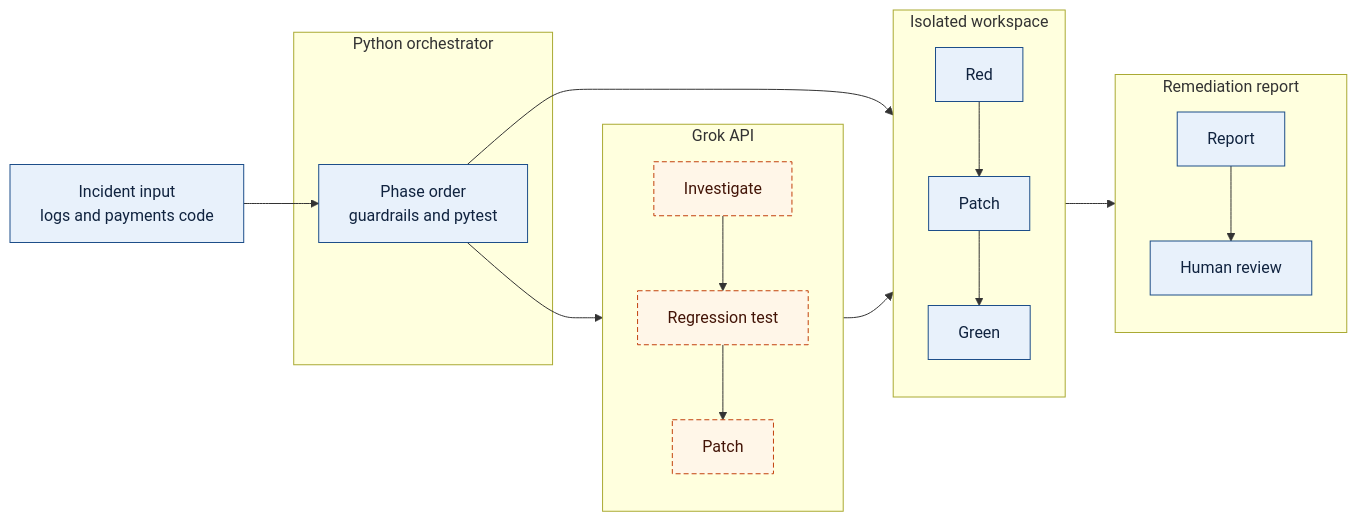
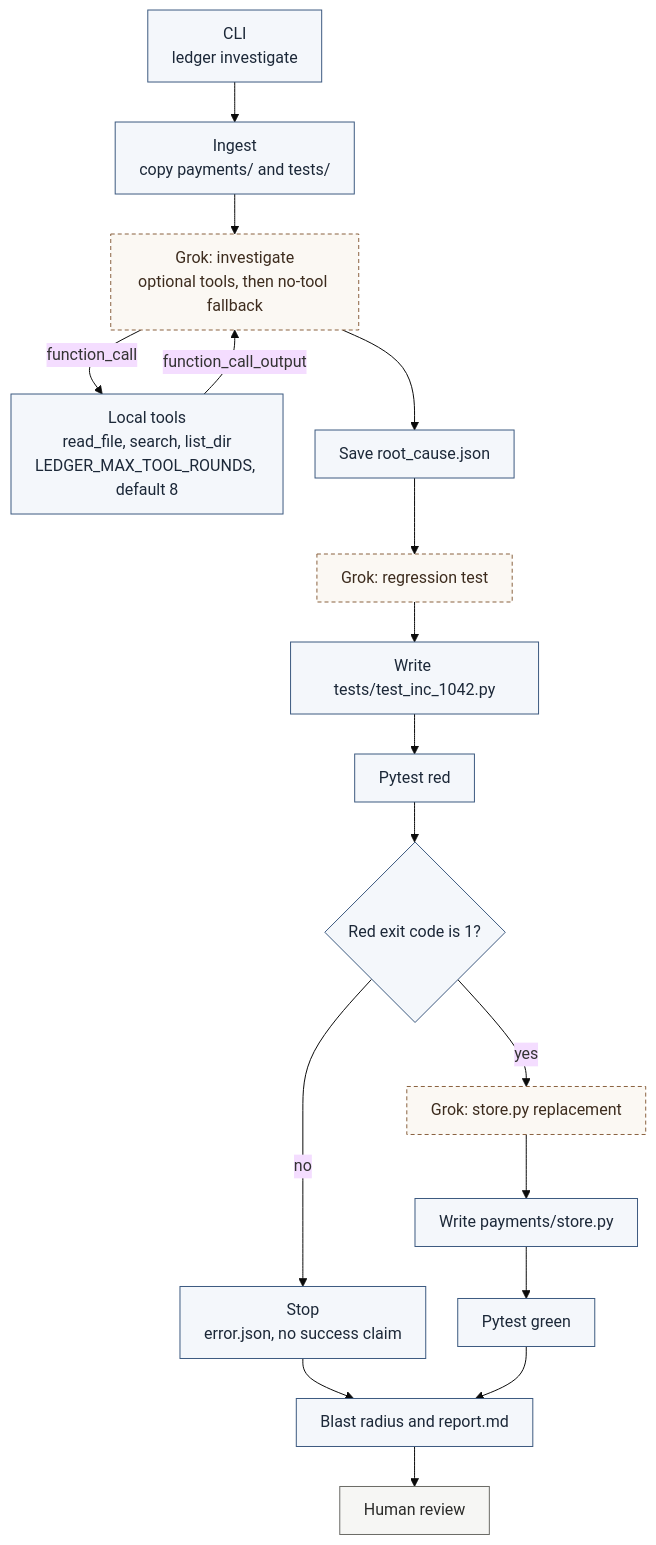
One commit to Kashish-1010/incident-remediation-agent-grok changed the diagram in docs/architecture.md. Above: the diagram before and after it, drawn with Mermaid. The commit also changed other lines of this file, not shown here.

Commit message:
Restore the detailed architecture diagram with calmer styling.
The original tool loop, red-patch-green path, and failure branch are back, with the default tool budget of 8 and human review after the report.

````diff
--- a/docs/architecture.md
+++ b/docs/architecture.md
@@ -7,42 +7,35 @@
 ```mermaid
-flowchart LR
-  inc["Incident input<br/>logs and payments code"]
+%%{init: {'theme': 'base', 'flowchart': {'nodeSpacing': 32, 'rankSpacing': 40, 'padding': 12}}}%%
+flowchart TD
+  cli["CLI<br/>ledger investigate"]
+  ingest["Ingest<br/>copy payments/ and tests/"]
+  tools["Local tools<br/>read_file, search, list_dir<br/>LEDGER_MAX_TOOL_ROUNDS, default 8"]
+  root["Save root_cause.json"]
+  writeTest["Write tests/test_inc_1042.py"]
+  red["Pytest red"]
+  gate{"Red exit code is 1?"}
+  writeStore["Write payments/store.py"]
+  green["Pytest green"]
+  stop["Stop<br/>error.json, no success claim"]
+  report["Blast radius and report.md"]
+  human["Human review"]
 
-  subgraph orch["Python orchestrator"]
-    own["Phase order<br/>guardrails and pytest"]
-  end
+  reason["Grok: investigate<br/>optional tools, then no-tool fallback"]
+  testCall["Grok: regression test"]
+  patchCall["Grok: store.py replacement"]
 
-  subgraph api["Grok API"]
-    direction TB
-    investigate["Investigate"]
-    testgen["Regression test"]
-    patchgen["Patch"]
-  end
+  cli --> ingest --> reason
+  reason -->|function_call| tools
+  tools -->|function_call_output| reason
+  reason --> root --> testCall --> writeTest --> red --> gate
+  gate -->|no| stop --> report
+  gate -->|yes| patchCall --> writeStore --> green --> report
+  report --> human
 
-  subgraph ws["Isolated workspace"]
-    direction TB
-    red["Red"]
-    patch["Patch"]
-    green["Green"]
-    red --> patch --> green
-  end
-
-  subgraph review["Remediation report"]
-    direction TB
-    report["Report"]
-    human["Human review"]
-    report --> human
-  end
-
-  inc --> own
-  own --> investigate
-  investigate --> testgen --> patchgen
-  own --> red
-  patchgen --> patch
-  green --> report
-
-  class inc,own,red,patch,green,report,human py
-  class investigate,testgen,patchgen grok
-  classDef py fill:#e8f1fb,stroke:#1d4e89,color:#10233f
-  classDef grok fill:#fff6e8,stroke:#c2410c,color:#431407,stroke-dasharray: 5 3
+  class cli,ingest,tools,root,writeTest,red,gate,writeStore,green,stop,report code
+  class reason,testCall,patchCall grok
+  class human review
+  classDef code fill:#f4f7fb,stroke:#3d5a80,color:#1c2838,stroke-width:1px
+  classDef grok fill:#fbf8f3,stroke:#8a6240,color:#3d2c1e,stroke-width:1px,stroke-dasharray: 4 3
+  classDef review fill:#f6f6f4,stroke:#6b6b66,color:#2a2a28,stroke-width:1px
 ```
````
